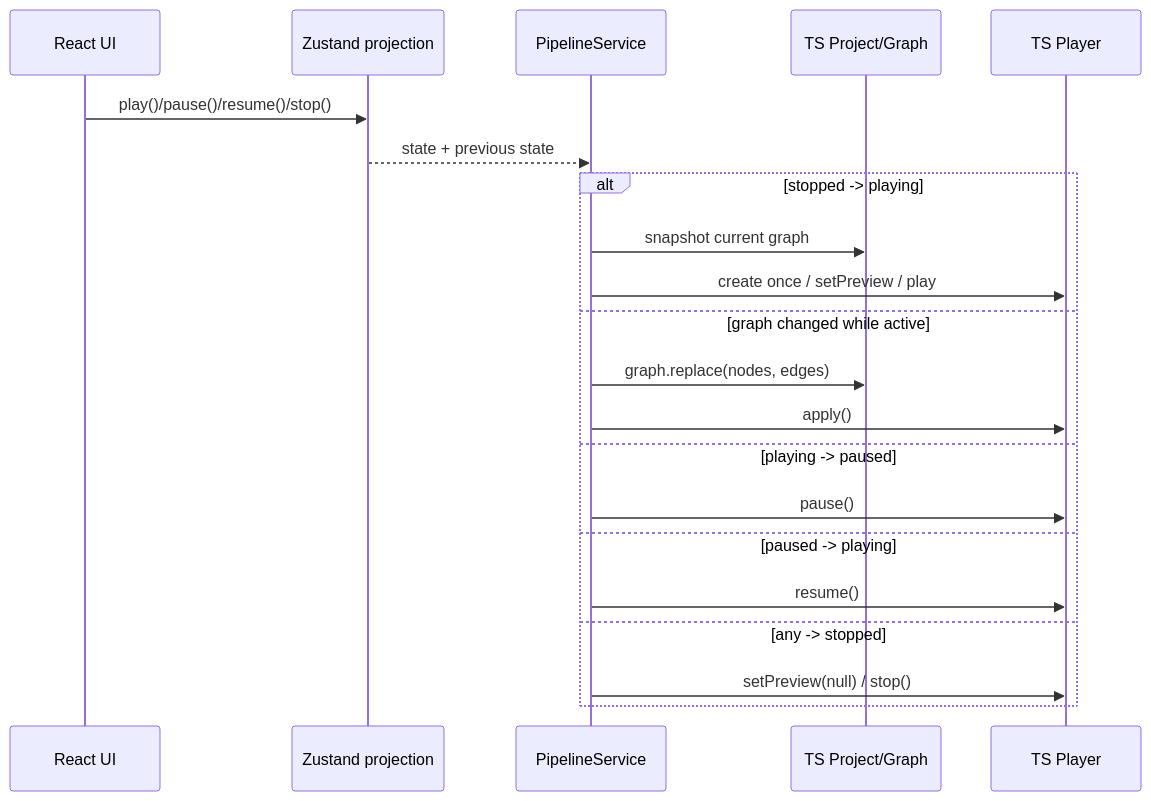
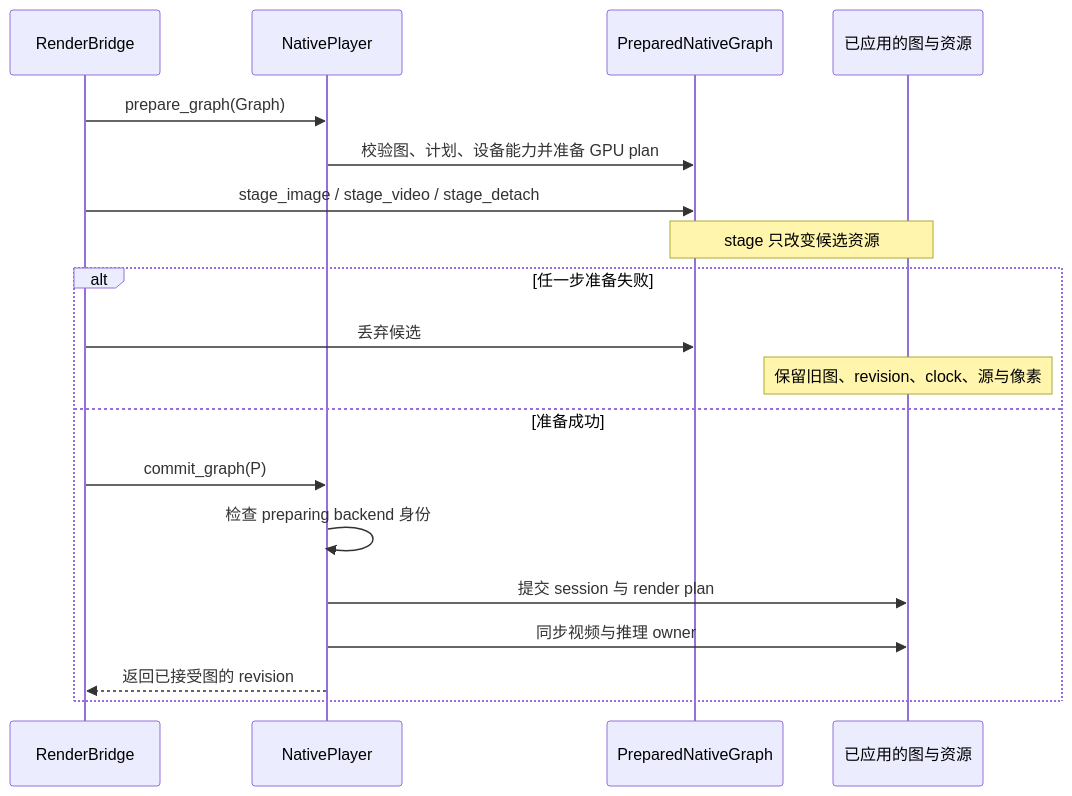
One commit to sanitor/open_quartz changed the fifth of 6 diagrams in docs/DESIGN.md. Above: the diagram before and after it, drawn with Mermaid. The commit also changed other lines of this file and 7 other files, not shown here.

Commit message:
docs: rewrite architecture around current native components and dataflow

````diff
--- a/docs/DESIGN.md
+++ b/docs/DESIGN.md
@@ -768,24 +216,22 @@
 ```mermaid
 sequenceDiagram
-    participant UI as React UI
-    participant Store as Zustand projection
-    participant Service as PipelineService
-    participant Project as TS Project/Graph
-    participant Player as TS Player
+    participant B as RenderBridge
+    participant N as NativePlayer
+    participant P as PreparedNativeGraph
+    participant L as 已应用的图与资源
 
-    UI->>Store: play()/pause()/resume()/stop()
-    Store-->>Service: state + previous state
-    alt stopped -> playing
-        Service->>Project: snapshot current graph
-        Service->>Player: create once / setPreview / play
-    else graph changed while active
-        Service->>Project: graph.replace(nodes, edges)
-        Service->>Player: apply()
-    else playing -> paused
-        Service->>Player: pause()
-    else paused -> playing
-        Service->>Player: resume()
-    else any -> stopped
-        Service->>Player: setPreview(null) / stop()
+    B->>N: prepare_graph(Graph)
+    N->>P: 校验图、计划、设备能力并准备 GPU plan
+    B->>P: stage_image / stage_video / stage_detach
+    Note over P,L: stage 只改变候选资源
+    alt 任一步准备失败
+        B->>P: 丢弃候选
+        Note over L: 保留旧图、revision、clock、源与像素
+    else 准备成功
+        B->>N: commit_graph(P)
+        N->>N: 检查 preparing backend 身份
+        N->>L: 提交 session 与 render plan
+        N->>L: 同步视频与推理 owner
+        N-->>B: 返回已接受图的 revision
     end
 ```
````
